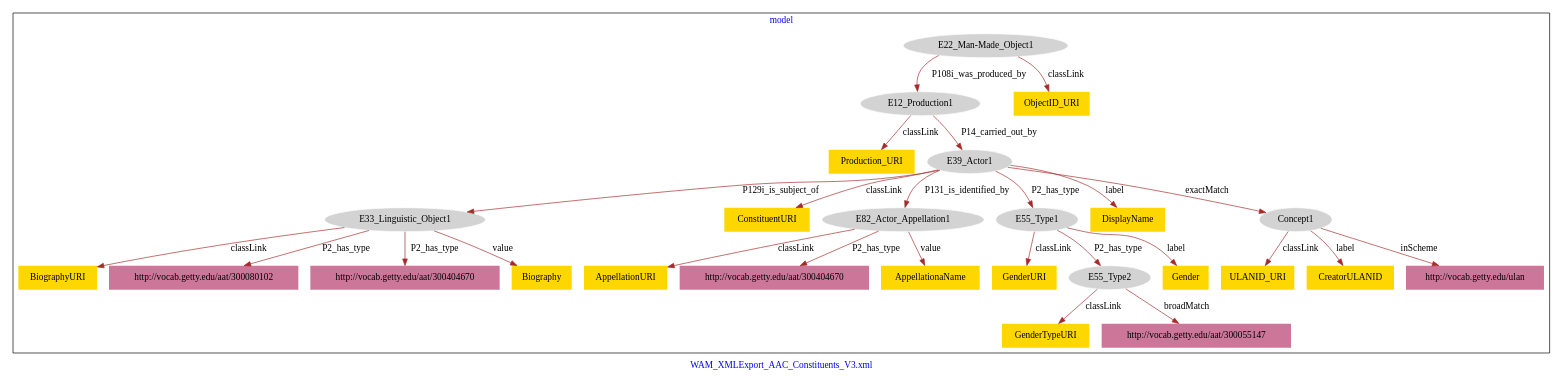
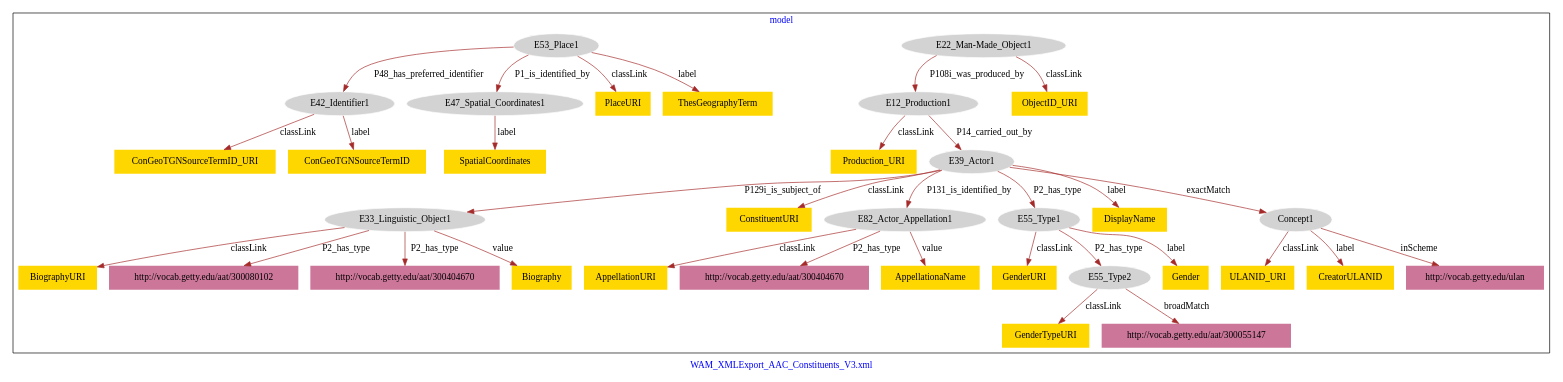
The diagram in WAM_AAC_Constituents/WAM_AAC_Individual_PlaceofBirth-model.dot (american-art/wam), drawn with Graphviz before and after one commit.

Commit message:
Update file WAM_AAC_Individual_PlaceofBirth-model.dot

```diff
--- a/WAM_AAC_Constituents/WAM_AAC_Individual_PlaceofBirth-model.dot
+++ b/WAM_AAC_Constituents/WAM_AAC_Individual_PlaceofBirth-model.dot
@@ -1,59 +1,74 @@
 digraph n0 {
 fontcolor="blue"
 remincross="true"
 label="WAM_XMLExport_AAC_Constituents_V3.xml"
 subgraph cluster {
 label="model"
 n2[style="filled",color="white",fillcolor="lightgray",label="E12_Production1"];
 n3[shape="plaintext",style="filled",fillcolor="gold",label="Production_URI"];
 n4[style="filled",color="white",fillcolor="lightgray",label="E39_Actor1"];
 n5[style="filled",color="white",fillcolor="lightgray",label="E22_Man-Made_Object1"];
 n6[shape="plaintext",style="filled",fillcolor="gold",label="ObjectID_URI"];
 n7[style="filled",color="white",fillcolor="lightgray",label="E33_Linguistic_Object1"];
 n8[shape="plaintext",style="filled",fillcolor="gold",label="BiographyURI"];
 n9[shape="plaintext",style="filled",fillcolor="#CC7799",label="http://vocab.getty.edu/aat/300080102"];
 n10[shape="plaintext",style="filled",fillcolor="#CC7799",label="http://vocab.getty.edu/aat/300404670"];
 n11[shape="plaintext",style="filled",fillcolor="gold",label="Biography"];
 n12[shape="plaintext",style="filled",fillcolor="gold",label="ConstituentURI"];
 n13[style="filled",color="white",fillcolor="lightgray",label="E82_Actor_Appellation1"];
 n14[style="filled",color="white",fillcolor="lightgray",label="E55_Type1"];
 n15[shape="plaintext",style="filled",fillcolor="gold",label="DisplayName"];
 n16[style="filled",color="white",fillcolor="lightgray",label="Concept1"];
-n17[shape="plaintext",style="filled",fillcolor="gold",label="GenderURI"];
-n18[style="filled",color="white",fillcolor="lightgray",label="E55_Type2"];
-n19[shape="plaintext",style="filled",fillcolor="gold",label="Gender"];
-n20[shape="plaintext",style="filled",fillcolor="gold",label="GenderTypeURI"];
-n21[shape="plaintext",style="filled",fillcolor="#CC7799",label="http://vocab.getty.edu/aat/300055147"];
-n22[shape="plaintext",style="filled",fillcolor="gold",label="AppellationURI"];
-n23[shape="plaintext",style="filled",fillcolor="#CC7799",label="http://vocab.getty.edu/aat/300404670"];
-n24[shape="plaintext",style="filled",fillcolor="gold",label="AppellationaName"];
-n25[shape="plaintext",style="filled",fillcolor="gold",label="ULANID_URI"];
-n26[shape="plaintext",style="filled",fillcolor="gold",label="CreatorULANID"];
-n27[shape="plaintext",style="filled",fillcolor="#CC7799",label="http://vocab.getty.edu/ulan"];
+n17[style="filled",color="white",fillcolor="lightgray",label="E42_Identifier1"];
+n18[shape="plaintext",style="filled",fillcolor="gold",label="ConGeoTGNSourceTermID_URI"];
+n19[shape="plaintext",style="filled",fillcolor="gold",label="ConGeoTGNSourceTermID"];
+n20[style="filled",color="white",fillcolor="lightgray",label="E47_Spatial_Coordinates1"];
+n21[shape="plaintext",style="filled",fillcolor="gold",label="SpatialCoordinates"];
+n22[style="filled",color="white",fillcolor="lightgray",label="E53_Place1"];
+n23[shape="plaintext",style="filled",fillcolor="gold",label="PlaceURI"];
+n24[shape="plaintext",style="filled",fillcolor="gold",label="ThesGeographyTerm"];
+n25[shape="plaintext",style="filled",fillcolor="gold",label="GenderURI"];
+n26[style="filled",color="white",fillcolor="lightgray",label="E55_Type2"];
+n27[shape="plaintext",style="filled",fillcolor="gold",label="Gender"];
+n28[shape="plaintext",style="filled",fillcolor="gold",label="GenderTypeURI"];
+n29[shape="plaintext",style="filled",fillcolor="#CC7799",label="http://vocab.getty.edu/aat/300055147"];
+n30[shape="plaintext",style="filled",fillcolor="gold",label="AppellationURI"];
+n31[shape="plaintext",style="filled",fillcolor="#CC7799",label="http://vocab.getty.edu/aat/300404670"];
+n32[shape="plaintext",style="filled",fillcolor="gold",label="AppellationaName"];
+n33[shape="plaintext",style="filled",fillcolor="gold",label="ULANID_URI"];
+n34[shape="plaintext",style="filled",fillcolor="gold",label="CreatorULANID"];
+n35[shape="plaintext",style="filled",fillcolor="#CC7799",label="http://vocab.getty.edu/ulan"];
 }
 n2 -> n3[color="brown",fontcolor="black",label="classLink"]
 n2 -> n4[color="brown",fontcolor="black",label="P14_carried_out_by"]
 n5 -> n6[color="brown",fontcolor="black",label="classLink"]
 n5 -> n2[color="brown",fontcolor="black",label="P108i_was_produced_by"]
 n7 -> n8[color="brown",fontcolor="black",label="classLink"]
 n7 -> n9[color="brown",fontcolor="black",label="P2_has_type"]
 n7 -> n10[color="brown",fontcolor="black",label="P2_has_type"]
 n7 -> n11[color="brown",fontcolor="black",label="value"]
 n4 -> n12[color="brown",fontcolor="black",label="classLink"]
 n4 -> n7[color="brown",fontcolor="black",label="P129i_is_subject_of"]
 n4 -> n13[color="brown",fontcolor="black",label="P131_is_identified_by"]
 n4 -> n14[color="brown",fontcolor="black",label="P2_has_type"]
 n4 -> n15[color="brown",fontcolor="black",label="label"]
 n4 -> n16[color="brown",fontcolor="black",label="exactMatch"]
-n14 -> n17[color="brown",fontcolor="black",label="classLink"]
-n14 -> n18[color="brown",fontcolor="black",label="P2_has_type"]
-n14 -> n19[color="brown",fontcolor="black",label="label"]
-n18 -> n20[color="brown",fontcolor="black",label="classLink"]
-n18 -> n21[color="brown",fontcolor="black",label="broadMatch"]
-n13 -> n22[color="brown",fontcolor="black",label="classLink"]
-n13 -> n23[color="brown",fontcolor="black",label="P2_has_type"]
-n13 -> n24[color="brown",fontcolor="black",label="value"]
-n16 -> n25[color="brown",fontcolor="black",label="classLink"]
-n16 -> n26[color="brown",fontcolor="black",label="label"]
-n16 -> n27[color="brown",fontcolor="black",label="inScheme"]
+n17 -> n18[color="brown",fontcolor="black",label="classLink"]
+n17 -> n19[color="brown",fontcolor="black",label="label"]
+n20 -> n21[color="brown",fontcolor="black",label="label"]
+n22 -> n23[color="brown",fontcolor="black",label="classLink"]
+n22 -> n20[color="brown",fontcolor="black",label="P1_is_identified_by"]
+n22 -> n17[color="brown",fontcolor="black",label="P48_has_preferred_identifier"]
+n22 -> n24[color="brown",fontcolor="black",label="label"]
+n14 -> n25[color="brown",fontcolor="black",label="classLink"]
+n14 -> n26[color="brown",fontcolor="black",label="P2_has_type"]
+n14 -> n27[color="brown",fontcolor="black",label="label"]
+n26 -> n28[color="brown",fontcolor="black",label="classLink"]
+n26 -> n29[color="brown",fontcolor="black",label="broadMatch"]
+n13 -> n30[color="brown",fontcolor="black",label="classLink"]
+n13 -> n31[color="brown",fontcolor="black",label="P2_has_type"]
+n13 -> n32[color="brown",fontcolor="black",label="value"]
+n16 -> n33[color="brown",fontcolor="black",label="classLink"]
+n16 -> n34[color="brown",fontcolor="black",label="label"]
+n16 -> n35[color="brown",fontcolor="black",label="inScheme"]
 }
```
